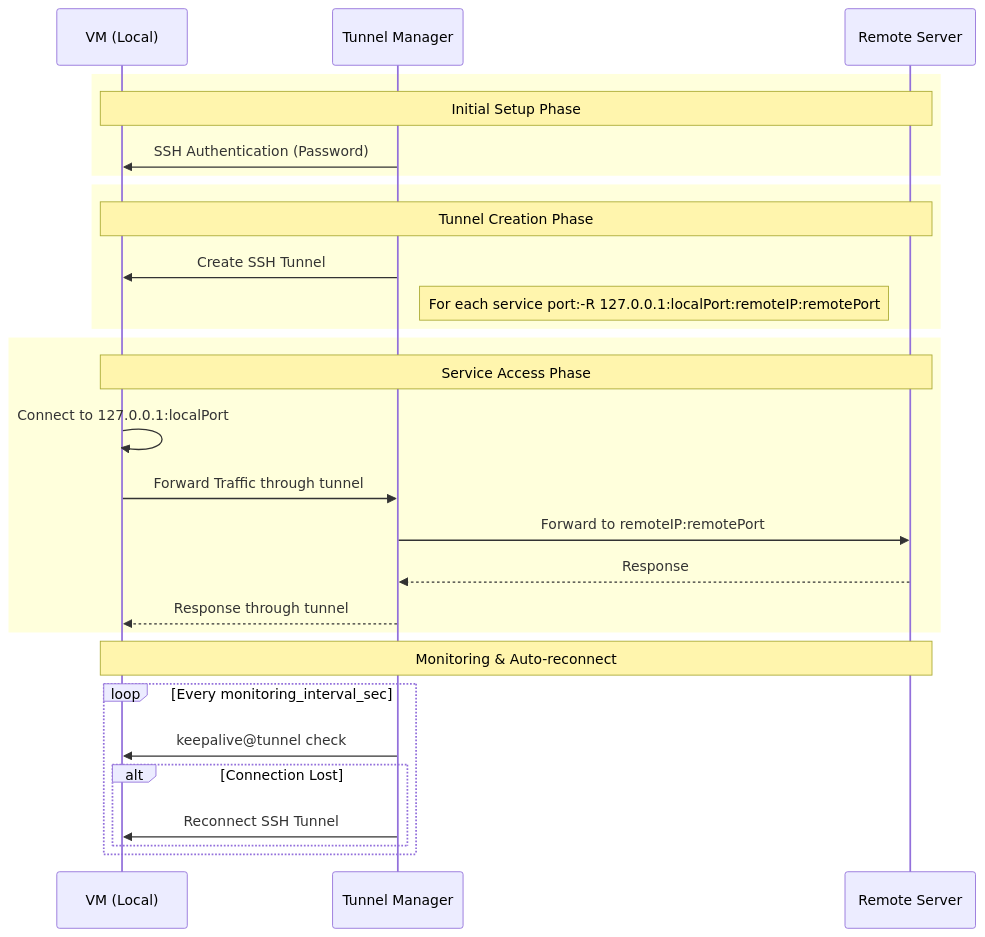
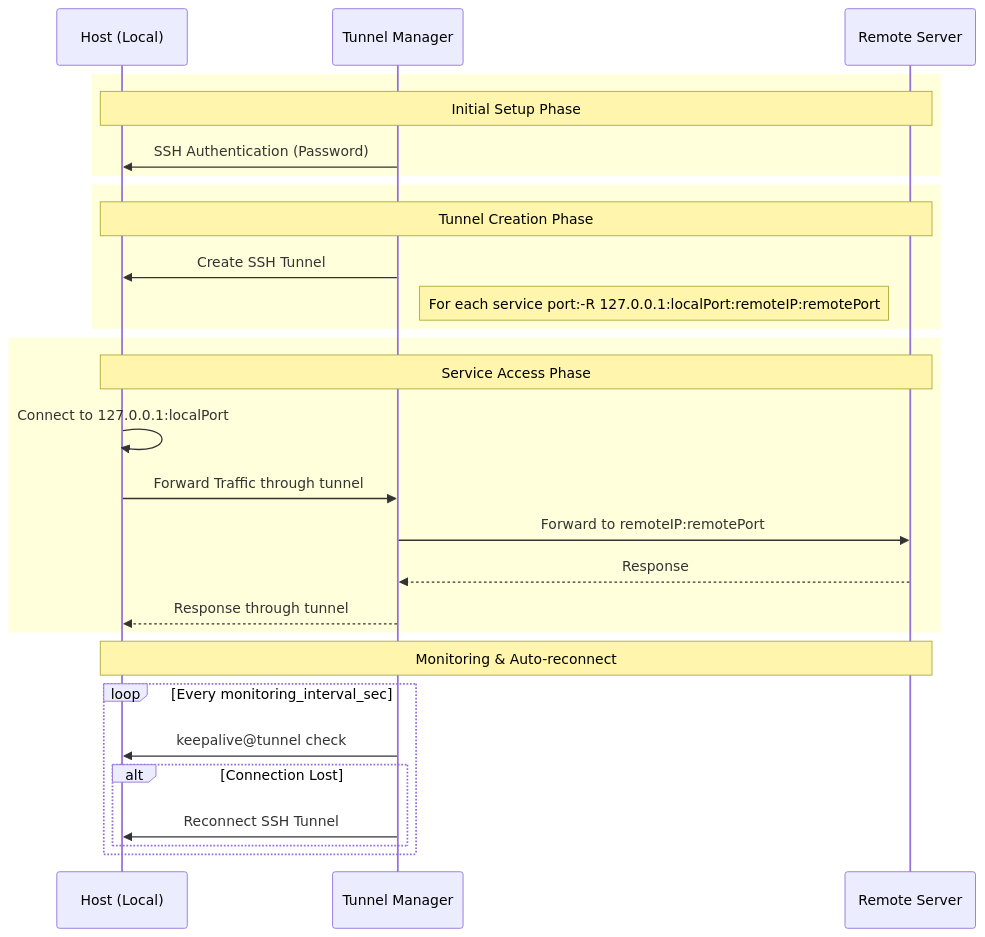
One commit to jollaman999/tunnel-manager changed the diagram in README.md. Above: the diagram before and after it, drawn with Mermaid. The commit also changed other lines of this file and 6 other files, not shown here.

````diff
--- a/README.md
+++ b/README.md
@@ -21,34 +21,34 @@
 ```mermaid
 sequenceDiagram
-    participant VM as VM (Local)
+    participant Host as Host (Local)
     participant Bastion as Tunnel Manager
     participant WAS as Remote Server
     
     rect rgb(255, 255, 220)
-        Note over VM,WAS: Initial Setup Phase
-        Bastion->>VM: SSH Authentication (Password)
+        Note over Host,WAS: Initial Setup Phase
+        Bastion->>Host: SSH Authentication (Password)
     end
 
     rect rgb(255, 255, 220)
-        Note over VM,WAS: Tunnel Creation Phase
-        Bastion->>VM: Create SSH Tunnel
+        Note over Host,WAS: Tunnel Creation Phase
+        Bastion->>Host: Create SSH Tunnel
         Note right of Bastion: For each service port:-R 127.0.0.1:localPort:remoteIP:remotePort
     end
     
     rect rgb(255, 255, 220)
-        Note over VM,WAS: Service Access Phase
-        VM->>VM: Connect to 127.0.0.1:localPort
-        VM->>Bastion: Forward Traffic through tunnel
+        Note over Host,WAS: Service Access Phase
+        Host->>Host: Connect to 127.0.0.1:localPort
+        Host->>Bastion: Forward Traffic through tunnel
         Bastion->>WAS: Forward to remoteIP:remotePort
         WAS-->>Bastion: Response
-        Bastion-->>VM: Response through tunnel
+        Bastion-->>Host: Response through tunnel
     end
 
-    Note over VM,WAS: Monitoring & Auto-reconnect
+    Note over Host,WAS: Monitoring & Auto-reconnect
     loop Every monitoring_interval_sec
-        Bastion->>VM: keepalive@tunnel check
+        Bastion->>Host: keepalive@tunnel check
         alt Connection Lost
-            Bastion->>VM: Reconnect SSH Tunnel
+            Bastion->>Host: Reconnect SSH Tunnel
         end
     end
 ```
````
